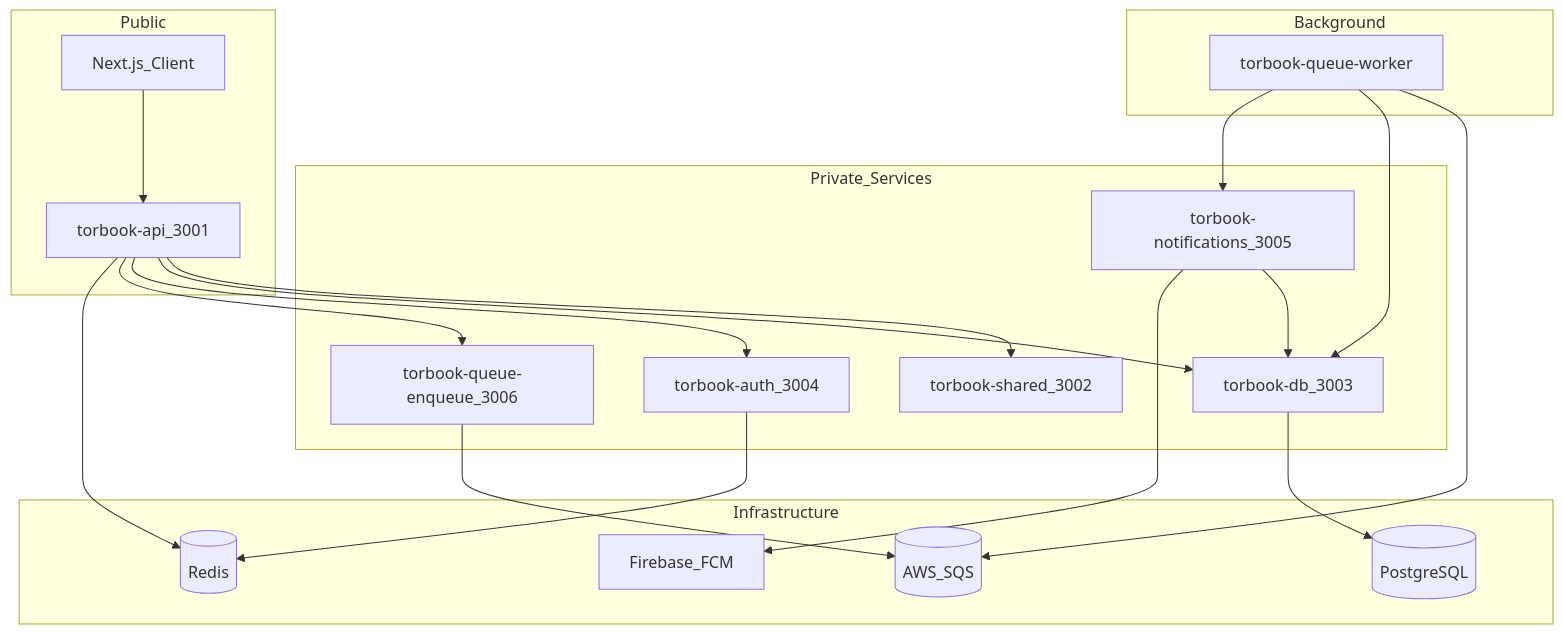
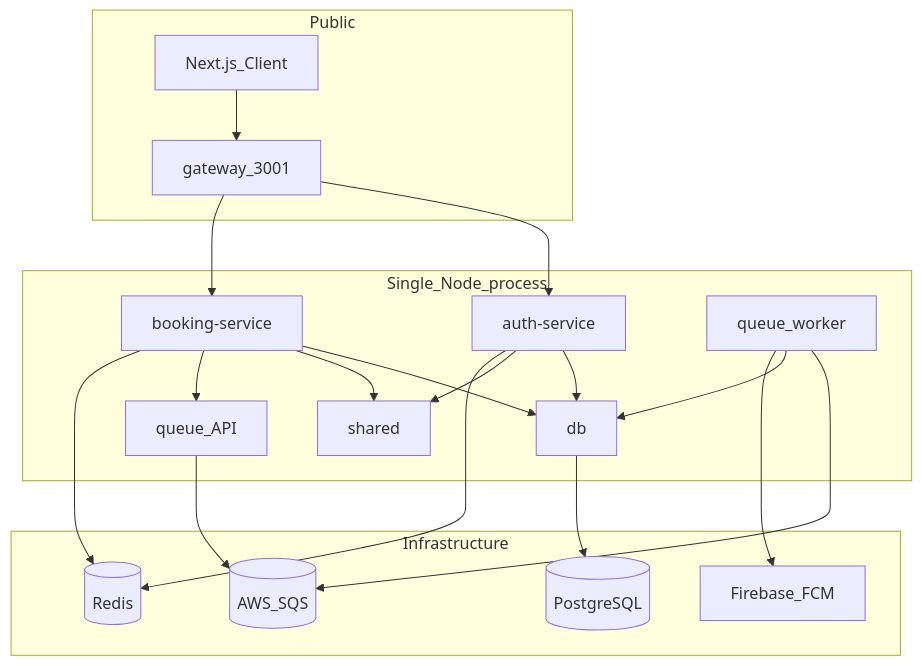
Before and after one commit to TorBook122/backend: the diagram in docs/DEPLOY.md, drawn with Mermaid. The commit also changed other lines of this file and 31 other files, not shown here.

````diff
--- a/docs/DEPLOY.md
+++ b/docs/DEPLOY.md
@@ -7,41 +9,39 @@
 ```mermaid
 flowchart TB
   subgraph public [Public]
     Client[Next.js_Client]
-    API[torbook-api_3001]
+    Gateway[gateway_3001]
   end
 
-  subgraph internal [Private_Services]
-    Shared[torbook-shared_3002]
-    DB[torbook-db_3003]
-    Auth[torbook-auth_3004]
-    Notif[torbook-notifications_3005]
-    Enqueue[torbook-queue-enqueue_3006]
-  end
-
-  subgraph async [Background]
-    Worker[torbook-queue-worker]
+  subgraph process [Single_Node_process]
+    Auth[auth-service]
+    Booking[booking-service]
+    DBmod[db]
+    Shared[shared]
+    QueueApi[queue_API]
+    Worker[queue_worker]
   end
 
   subgraph infra [Infrastructure]
     Postgres[(PostgreSQL)]
     Redis[(Redis)]
     SQS[(AWS_SQS)]
     FCM[Firebase_FCM]
   end
 
-  Client --> API
-  API --> Shared
-  API --> DB
-  API --> Auth
-  API --> Enqueue
-  API --> Redis
+  Client --> Gateway
+  Gateway --> Auth
+  Gateway --> Booking
+  Auth --> DBmod
+  Auth --> Shared
   Auth --> Redis
-  DB --> Postgres
-  Notif --> DB
-  Notif --> FCM
-  Enqueue --> SQS
+  Booking --> DBmod
+  Booking --> Shared
+  Booking --> QueueApi
+  Booking --> Redis
+  DBmod --> Postgres
+  QueueApi --> SQS
   Worker --> SQS
-  Worker --> DB
-  Worker --> Notif
+  Worker --> DBmod
+  Worker --> FCM
 ```
````
